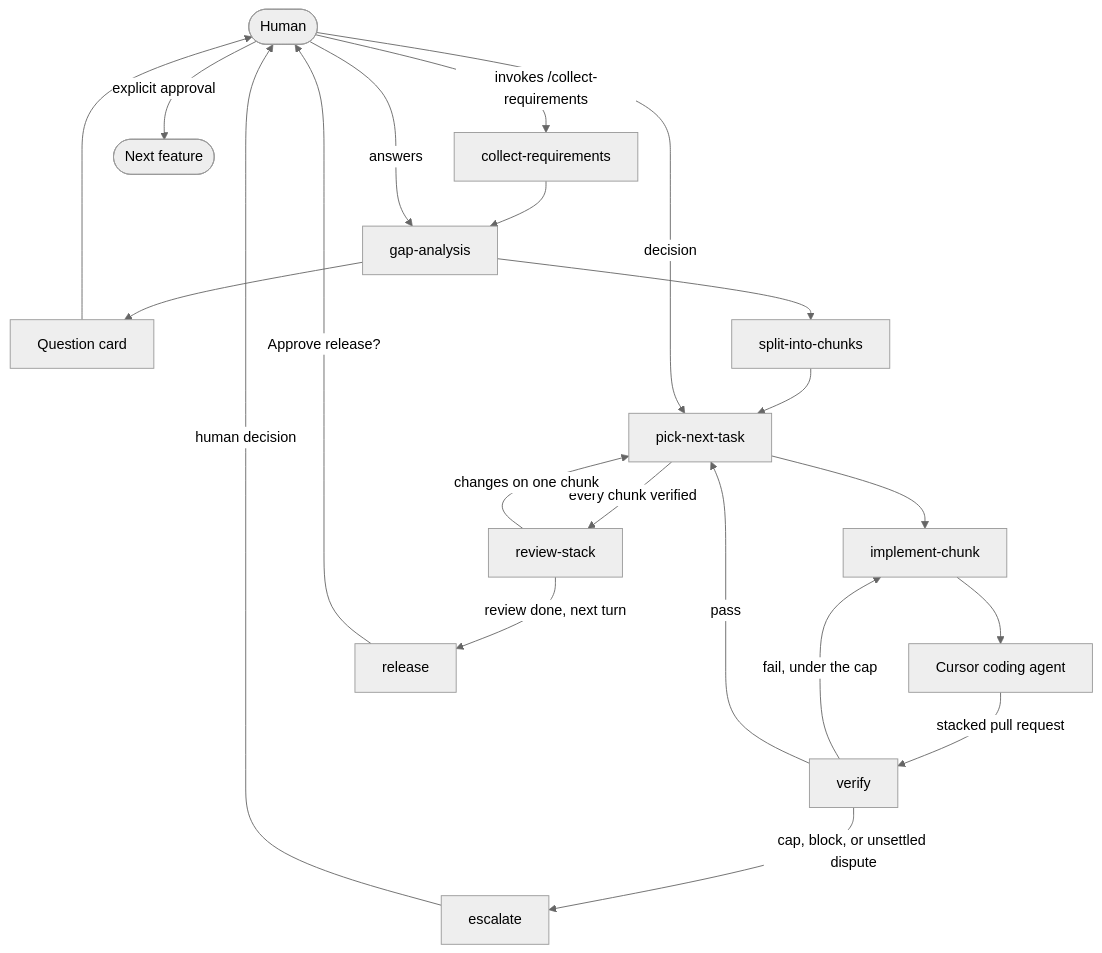
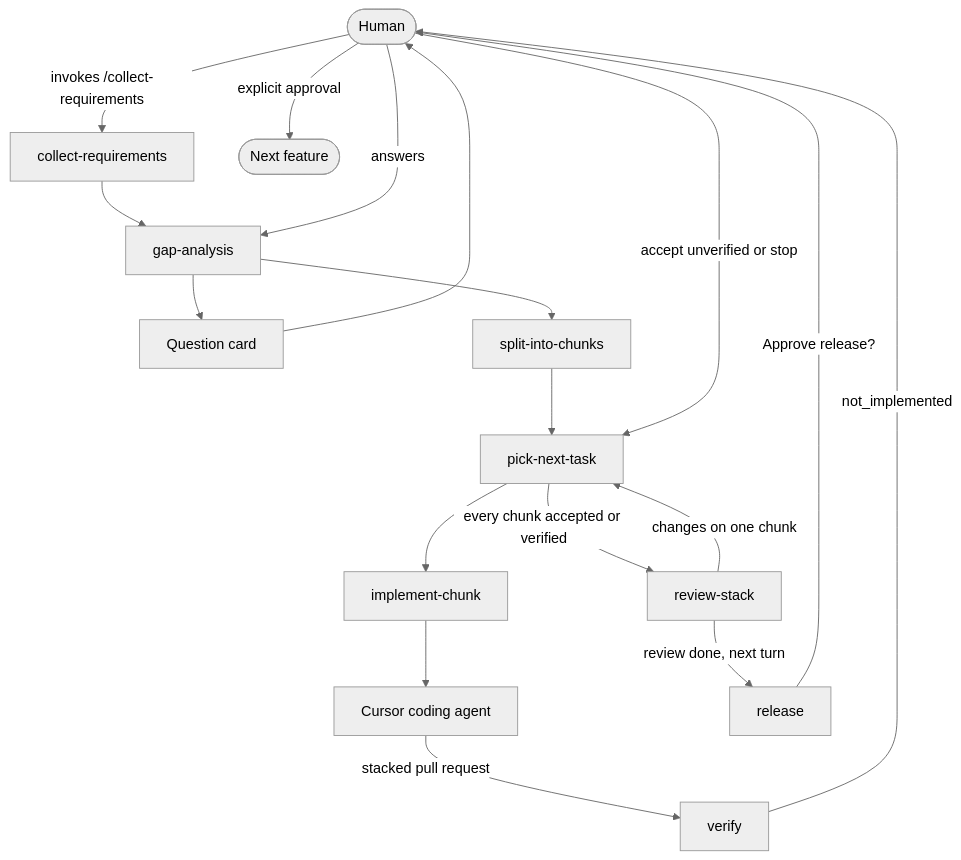
Before and after one commit to artem-trachuk/fstack: the diagram in README.md, drawn with Mermaid (neutral theme). The commit also changed other lines of this file and 10 other files, not shown here.

First line of the commit message:
Stub the verify skill so it cannot pass a chunk.

````diff
--- a/README.md
+++ b/README.md
@@ -36,37 +36,33 @@
 ```mermaid
 flowchart TD
   human([Human])
   collect[collect-requirements]
   gap[gap-analysis]
   questions[Question card]
   split[split-into-chunks]
   pick[pick-next-task]
   implement[implement-chunk]
   coding[Cursor coding agent]
   verify[verify]
-  escalate[escalate]
   review[review-stack]
   release[release]
   done([Next feature])
 
   human -->|invokes /collect-requirements| collect
   collect --> gap
   gap --> questions
   questions --> human
   human -->|answers| gap
   gap --> split
   split --> pick
   pick --> implement
   implement --> coding
   coding -->|stacked pull request| verify
-  verify -->|fail, under the cap| implement
-  verify -->|cap, block, or unsettled dispute| escalate
-  escalate -->|human decision| human
-  human -->|decision| pick
-  verify -->|pass| pick
-  pick -->|every chunk verified| review
+  verify -->|not_implemented| human
+  human -->|accept unverified or stop| pick
+  pick -->|every chunk accepted or verified| review
   review -->|changes on one chunk| pick
   review -->|review done, next turn| release
   release -->|Approve release?| human
   human -->|explicit approval| done
 ```
````
